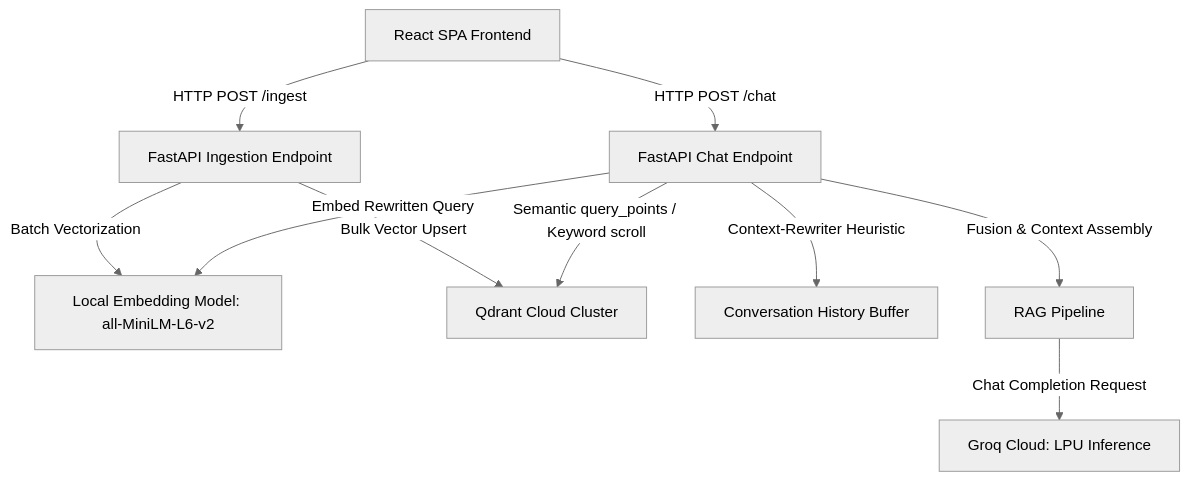
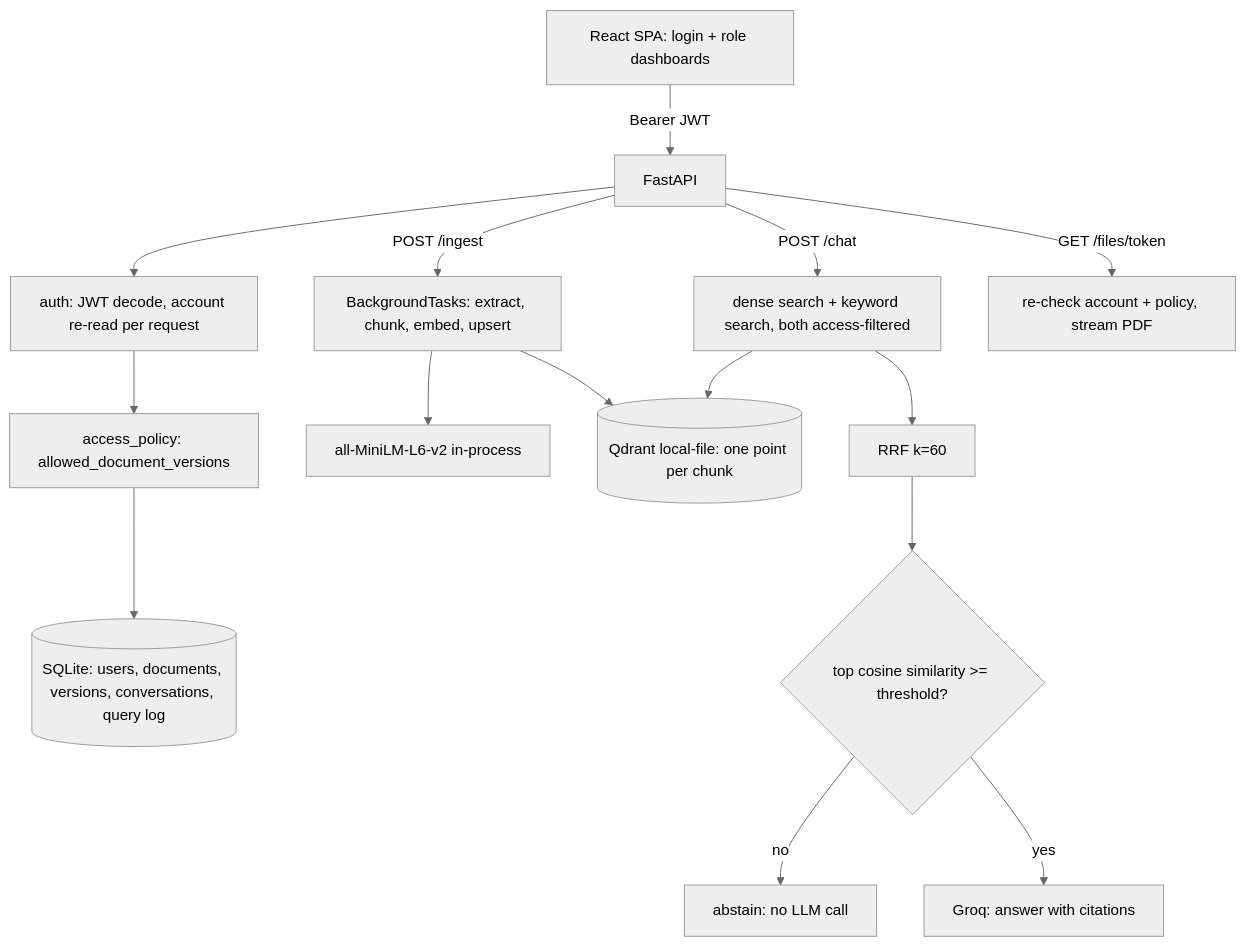
One commit to harshals01/campus-synapse changed the first of 2 diagrams in README.md. Above: the diagram before and after it, drawn with Mermaid (neutral theme). The commit also changed other lines of this file, not shown here.

Commit message:
Update README for the role-based system: access model, security model, correct setup, tests and evaluation

````diff
--- a/README.md
+++ b/README.md
@@ -50,12 +116,17 @@
 ```mermaid
 graph TD
-    A[React SPA Frontend] -->|HTTP POST /ingest| B[FastAPI Ingestion Endpoint]
-    A[React SPA Frontend] -->|HTTP POST /chat| C[FastAPI Chat Endpoint]
-    B -->|Batch Vectorization| D[Local Embedding Model: all-MiniLM-L6-v2]
-    B -->|Bulk Vector Upsert| E[Qdrant Cloud Cluster]
-    C -->|Context-Rewriter Heuristic| H[Conversation History Buffer]
-    C -->|Embed Rewritten Query| D
-    C -->|Semantic query_points / Keyword scroll| E
-    C -->|Fusion & Context Assembly| F[RAG Pipeline]
-    F -->|Chat Completion Request| G[Groq Cloud: LPU Inference]
+    A[React SPA: login + role dashboards] -->|Bearer JWT| B[FastAPI]
+    B --> C[auth: JWT decode, account re-read per request]
+    C --> P[access_policy: allowed_document_versions]
+    P --> D[(SQLite: users, documents, versions, conversations, query log)]
+    B -->|POST /ingest| E[BackgroundTasks: extract, chunk, embed, upsert]
+    E --> F[all-MiniLM-L6-v2 in-process]
+    E --> G[(Qdrant local-file: one point per chunk)]
+    B -->|POST /chat| H[dense search + keyword search, both access-filtered]
+    H --> G
+    H --> I[RRF k=60]
+    I --> J{top cosine similarity >= threshold?}
+    J -->|no| K[abstain: no LLM call]
+    J -->|yes| L[Groq: answer with citations]
+    B -->|GET /files/token| M[re-check account + policy, stream PDF]
 ```
````
